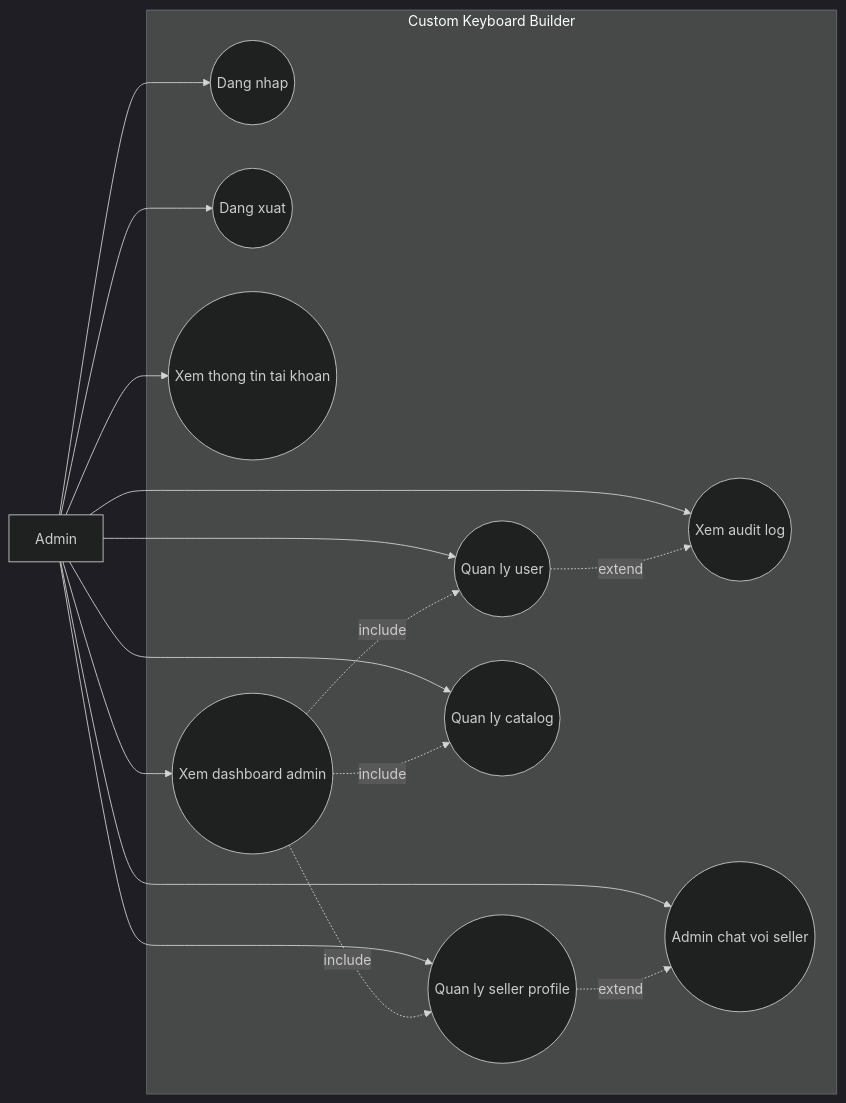
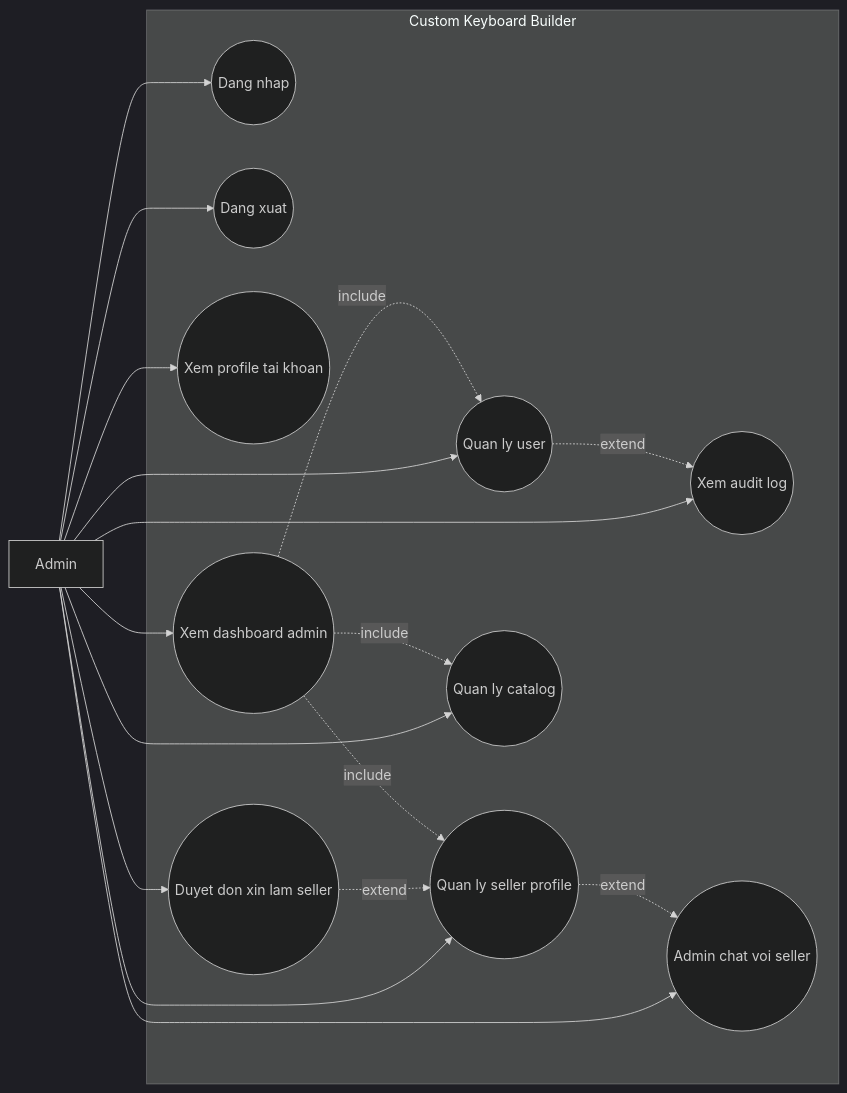
One commit to froynar/Custom_keyboard changed the third of 3 diagrams in Documents_Refactor/Custom_Keyboard_Use_Cases_Refactor.md. Above: the diagram before and after it, drawn with Mermaid (dark theme). The commit also changed other lines of this file and 81 other files, not shown here.

````diff
--- a/Documents_Refactor/Custom_Keyboard_Use_Cases_Refactor.md
+++ b/Documents_Refactor/Custom_Keyboard_Use_Cases_Refactor.md
@@ -210,33 +212,37 @@
 ```mermaid
 flowchart LR
     Admin["Admin"]
 
     subgraph System["Custom Keyboard Builder"]
         UC12(("Dang nhap"))
         UC13(("Dang xuat"))
-        UC14(("Xem thong tin tai khoan"))
+        UC14(("Xem profile tai khoan"))
 
         UC41(("Xem dashboard admin"))
         UC42(("Quan ly user"))
         UC43(("Quan ly seller profile"))
         UC44(("Quan ly catalog"))
         UC45(("Xem audit log"))
+        UC46(("Duyet don xin lam seller"))
         UC54(("Admin chat voi seller"))
     end
 
     Admin --> UC12
     Admin --> UC13
     Admin --> UC14
     Admin --> UC41
     Admin --> UC42
     Admin --> UC43
     Admin --> UC44
     Admin --> UC45
+    Admin --> UC46
     Admin --> UC54
+
+    UC46 -. extend .-> UC43
 
     UC41 -. include .-> UC42
     UC41 -. include .-> UC43
     UC41 -. include .-> UC44
     UC42 -. extend .-> UC45
     UC43 -. extend .-> UC54
 ```
````
